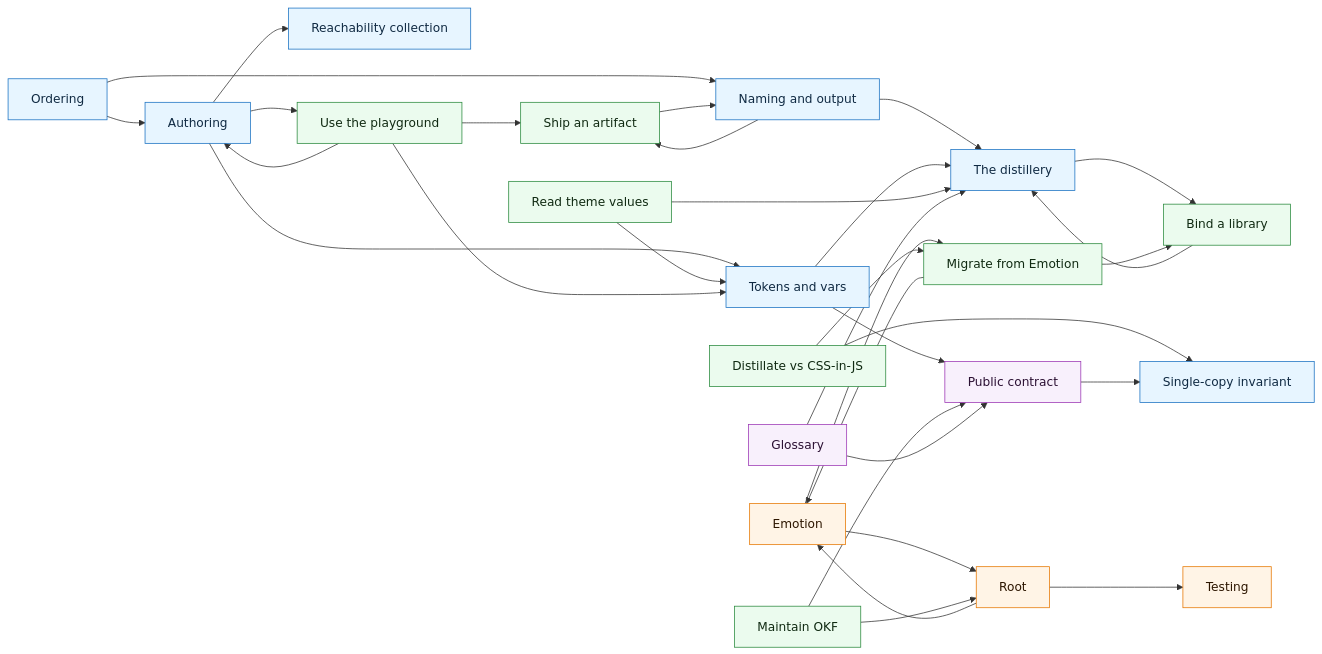
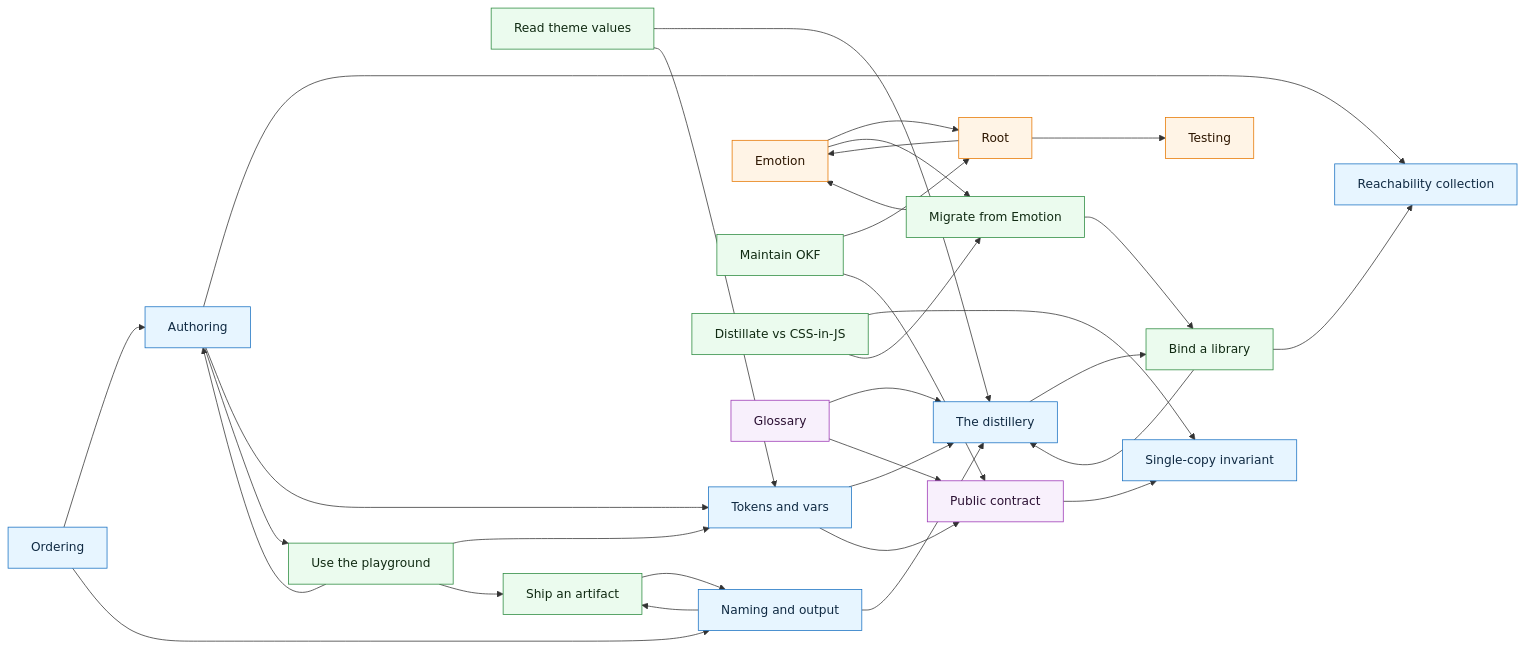
One commit to elastic/distillate changed the diagram in docs/reference/okf-map.md. Above: the diagram before and after it, drawn with Mermaid. The commit also changed other lines of this file and 8 other files, not shown here.

````diff
--- a/docs/reference/okf-map.md
+++ b/docs/reference/okf-map.md
@@ -16,56 +16,57 @@
 ```mermaid
 flowchart LR
     concepts_authoring["Authoring"]:::concept
     concepts_collection["Reachability collection"]:::concept
     concepts_distillery["The distillery"]:::concept
     concepts_naming["Naming and output"]:::concept
     concepts_ordering["Ordering"]:::concept
     concepts_single_copy["Single-copy invariant"]:::concept
     concepts_tokens["Tokens and vars"]:::concept
     entry_points_emotion["Emotion"]:::entrypoint
     entry_points_root["Root"]:::entrypoint
     entry_points_testing["Testing"]:::entrypoint
     playbooks_bind_a_library["Bind a library"]:::playbook
     playbooks_maintain_okf["Maintain OKF"]:::playbook
     playbooks_migrate_from_emotion["Migrate from Emotion"]:::playbook
     playbooks_read_theme_values["Read theme values"]:::playbook
     playbooks_ship_an_artifact["Ship an artifact"]:::playbook
     playbooks_use_the_playground["Use the playground"]:::playbook
     playbooks_vs_emotion["Distillate vs CSS-in-JS"]:::playbook
     reference_glossary["Glossary"]:::reference
     reference_public_contract["Public contract"]:::reference
     concepts_authoring --> concepts_collection
     concepts_authoring --> concepts_tokens
     concepts_authoring --> playbooks_use_the_playground
     concepts_distillery --> playbooks_bind_a_library
     concepts_naming --> concepts_distillery
     concepts_naming --> playbooks_ship_an_artifact
     concepts_ordering --> concepts_authoring
     concepts_ordering --> concepts_naming
     concepts_tokens --> concepts_distillery
     concepts_tokens --> reference_public_contract
     entry_points_emotion --> entry_points_root
     entry_points_emotion --> playbooks_migrate_from_emotion
     entry_points_root --> entry_points_emotion
     entry_points_root --> entry_points_testing
+    playbooks_bind_a_library --> concepts_collection
     playbooks_bind_a_library --> concepts_distillery
     playbooks_maintain_okf --> entry_points_root
     playbooks_maintain_okf --> reference_public_contract
     playbooks_migrate_from_emotion --> entry_points_emotion
     playbooks_migrate_from_emotion --> playbooks_bind_a_library
     playbooks_read_theme_values --> concepts_distillery
     playbooks_read_theme_values --> concepts_tokens
     playbooks_ship_an_artifact --> concepts_naming
     playbooks_use_the_playground --> concepts_authoring
     playbooks_use_the_playground --> concepts_tokens
     playbooks_use_the_playground --> playbooks_ship_an_artifact
     playbooks_vs_emotion --> concepts_single_copy
     playbooks_vs_emotion --> playbooks_migrate_from_emotion
     reference_glossary --> concepts_distillery
     reference_glossary --> reference_public_contract
     reference_public_contract --> concepts_single_copy
     classDef concept fill:#e7f5ff,stroke:#1971c2,color:#102a43
     classDef entrypoint fill:#fff4e6,stroke:#e67700,color:#2d1600
     classDef playbook fill:#ebfbee,stroke:#2b8a3e,color:#102a12
     classDef reference fill:#f8f0fc,stroke:#9c36b5,color:#2b1033
 ```
````
